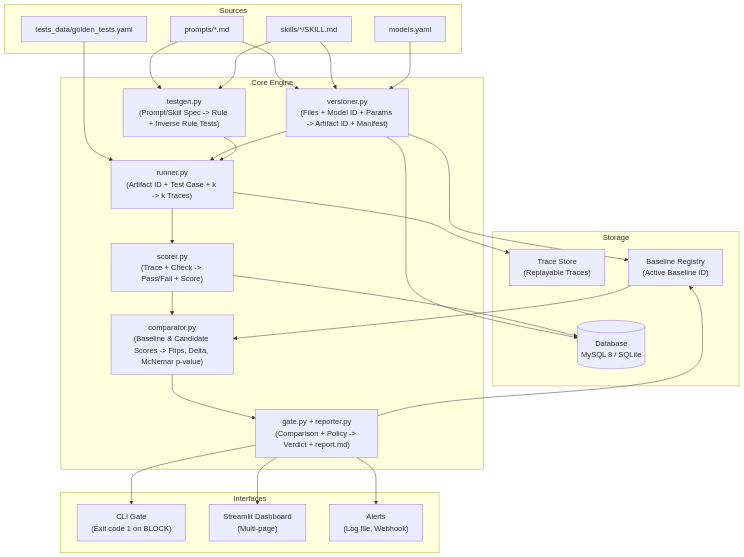
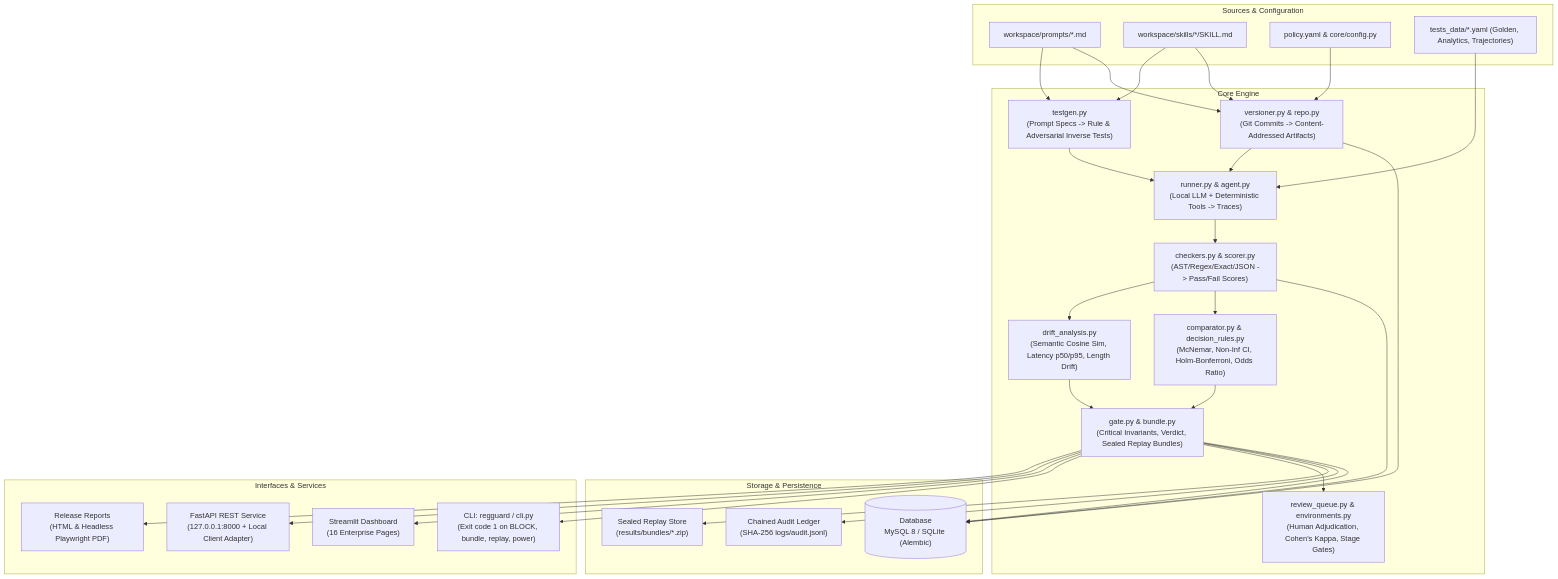
The diagram in README.md (SakshamJindal04/Skills_Prompt_Regression), drawn with Mermaid before and after one commit. The commit also changed 42 other files, not shown here.

````diff
--- a/README.md
+++ b/README.md
@@ -13,55 +13,62 @@
 ```mermaid
 flowchart TD
-    subgraph Sources["Sources"]
-        PR["prompts/*.md"]
-        SK["skills/*/SKILL.md"]
-        MOD["models.yaml"]
-        GT["tests_data/golden_tests.yaml"]
+    subgraph Sources["Sources & Configuration"]
+        PR["workspace/prompts/*.md"]
+        SK["workspace/skills/*/SKILL.md"]
+        CFG["policy.yaml & core/config.py"]
+        GT["tests_data/*.yaml (Golden, Analytics, Trajectories)"]
     end
 
     subgraph CoreEngine["Core Engine"]
-        V["versioner.py<br/>(Files + Model ID + Params -> Artifact ID + Manifest)"]
-        TG["testgen.py<br/>(Prompt/Skill Spec -> Rule + Inverse Rule Tests)"]
-        R["runner.py<br/>(Artifact ID + Test Case + k -> k Traces)"]
-        S["scorer.py<br/>(Trace + Check -> Pass/Fail + Score)"]
-        C["comparator.py<br/>(Baseline & Candidate Scores -> Flips, Delta, McNemar p-value)"]
-        G["gate.py + reporter.py<br/>(Comparison + Policy -> Verdict + report.md)"]
+        V["versioner.py & repo.py<br/>(Git Commits -> Content-Addressed Artifacts)"]
+        TG["testgen.py<br/>(Prompt Specs -> Rule & Adversarial Inverse Tests)"]
+        R["runner.py & agent.py<br/>(Local LLM + Deterministic Tools -> Traces)"]
+        S["checkers.py & scorer.py<br/>(AST/Regex/Exact/JSON -> Pass/Fail Scores)"]
+        C["comparator.py & decision_rules.py<br/>(McNemar, Non-Inf CI, Holm-Bonferroni, Odds Ratio)"]
+        D["drift_analysis.py<br/>(Semantic Cosine Sim, Latency p50/p95, Length Drift)"]
+        G["gate.py & bundle.py<br/>(Critical Invariants, Verdict, Sealed Replay Bundles)"]
+        RQ["review_queue.py & environments.py<br/>(Human Adjudication, Cohen's Kappa, Stage Gates)"]
     end
 
-    subgraph Storage["Storage"]
-        DB[("Database<br/>MySQL 8 / SQLite")]
-        TS["Trace Store<br/>(Replayable Traces)"]
-        BL["Baseline Registry<br/>(Active Baseline ID)"]
+    subgraph Storage["Storage & Persistence"]
+        DB[("Database<br/>MySQL 8 / SQLite (Alembic)")]
+        AL["Chained Audit Ledger<br/>(SHA-256 logs/audit.jsonl)"]
+        BDL["Sealed Replay Store<br/>(results/bundles/*.zip)"]
     end
 
-    subgraph Interfaces["Interfaces"]
-        CLI["CLI Gate<br/>(Exit code 1 on BLOCK)"]
-        DASH["Streamlit Dashboard<br/>(Multi-page)"]
-        ALERTS["Alerts<br/>(Log file, Webhook)"]
+    subgraph Interfaces["Interfaces & Services"]
+        CLI["CLI: regguard / cli.py<br/>(Exit code 1 on BLOCK, bundle, replay, power)"]
+        DASH["Streamlit Dashboard<br/>(16 Enterprise Pages)"]
+        API["FastAPI REST Service<br/>(127.0.0.1:8000 + Local Client Adapter)"]
+        REP["Release Reports<br/>(HTML & Headless Playwright PDF)"]
     end
 
     PR --> V
     SK --> V
-    MOD --> V
+    CFG --> V
     V --> DB
-    V --> BL
 
     PR --> TG
     SK --> TG
     GT --> R
 
     V --> R
     TG --> R
-    R --> TS
     R --> S
     S --> DB
 
     S --> C
-    BL --> C
+    S --> D
     C --> G
+    D --> G
+
+    G --> DB
+    G --> AL
+    G --> BDL
+    G --> RQ
 
     G --> CLI
     G --> DASH
-    G --> ALERTS
-    G --> BL
+    G --> API
+    G --> REP
 ```
````
